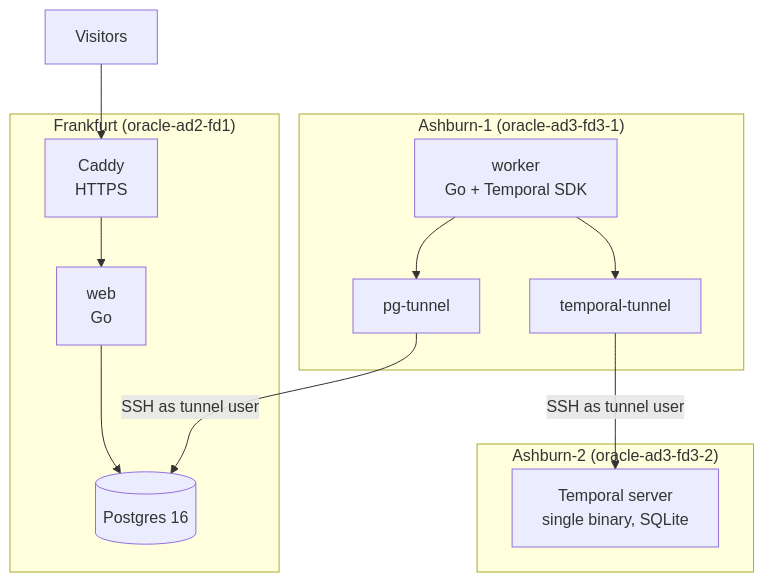
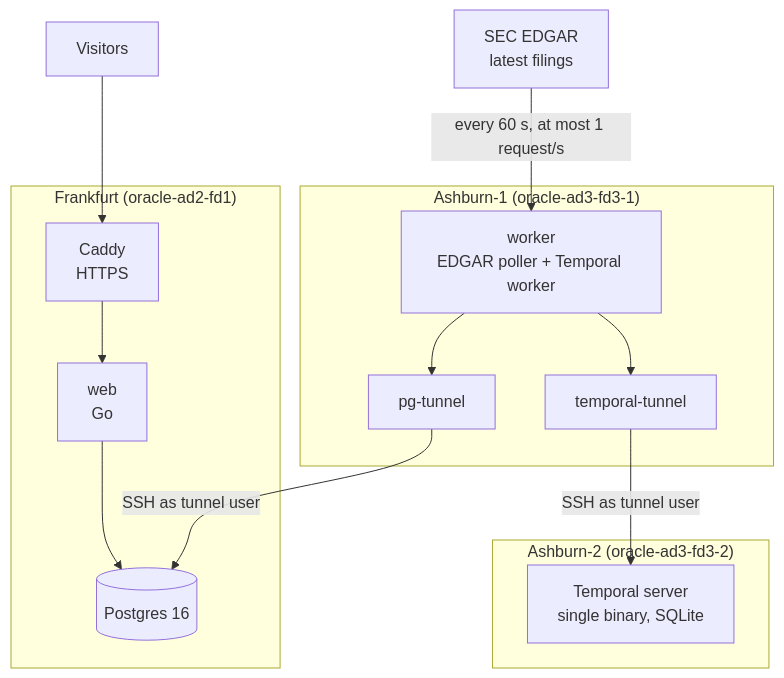
One commit to Yerassyl20036/filing-radar changed the diagram in README.md. Above: the diagram before and after it, drawn with Mermaid. The commit also changed other lines of this file and 3 other files, not shown here.

First line of the commit message:
Deploy the poller with SEC's required User-Agent

````diff
--- a/README.md
+++ b/README.md
@@ -12,17 +13,19 @@
 ```mermaid
 flowchart TD
     subgraph FRA["Frankfurt (oracle-ad2-fd1)"]
         CADDY["Caddy<br/>HTTPS"] --> WEB["web<br/>Go"]
         WEB --> PG[("Postgres 16")]
     end
+    EDGAR["SEC EDGAR<br/>latest filings"]
     subgraph AS1["Ashburn-1 (oracle-ad3-fd3-1)"]
-        WORKER["worker<br/>Go + Temporal SDK"] --> T1["pg-tunnel"]
+        WORKER["worker<br/>EDGAR poller + Temporal worker"] --> T1["pg-tunnel"]
         WORKER --> T2["temporal-tunnel"]
     end
     subgraph AS2["Ashburn-2 (oracle-ad3-fd3-2)"]
         TEMPORAL["Temporal server<br/>single binary, SQLite"]
     end
     USER["Visitors"] --> CADDY
+    EDGAR -->|"every 60 s, at most 1 request/s"| WORKER
     T1 -->|"SSH as tunnel user"| PG
     T2 -->|"SSH as tunnel user"| TEMPORAL
 ```
````
